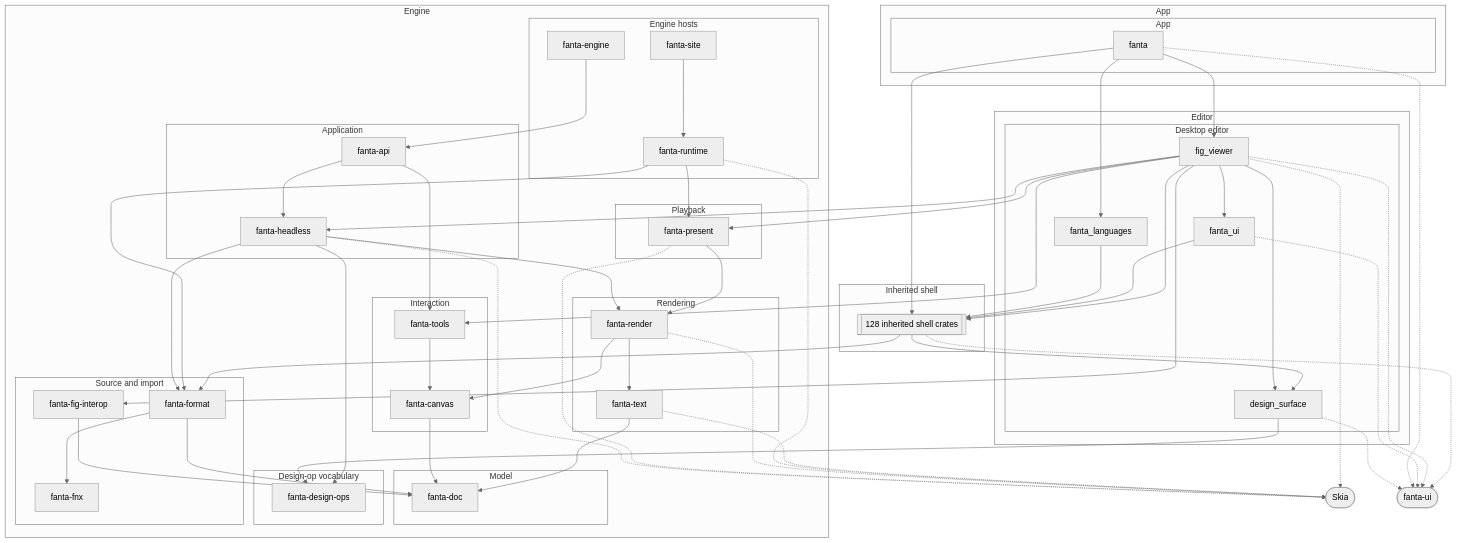
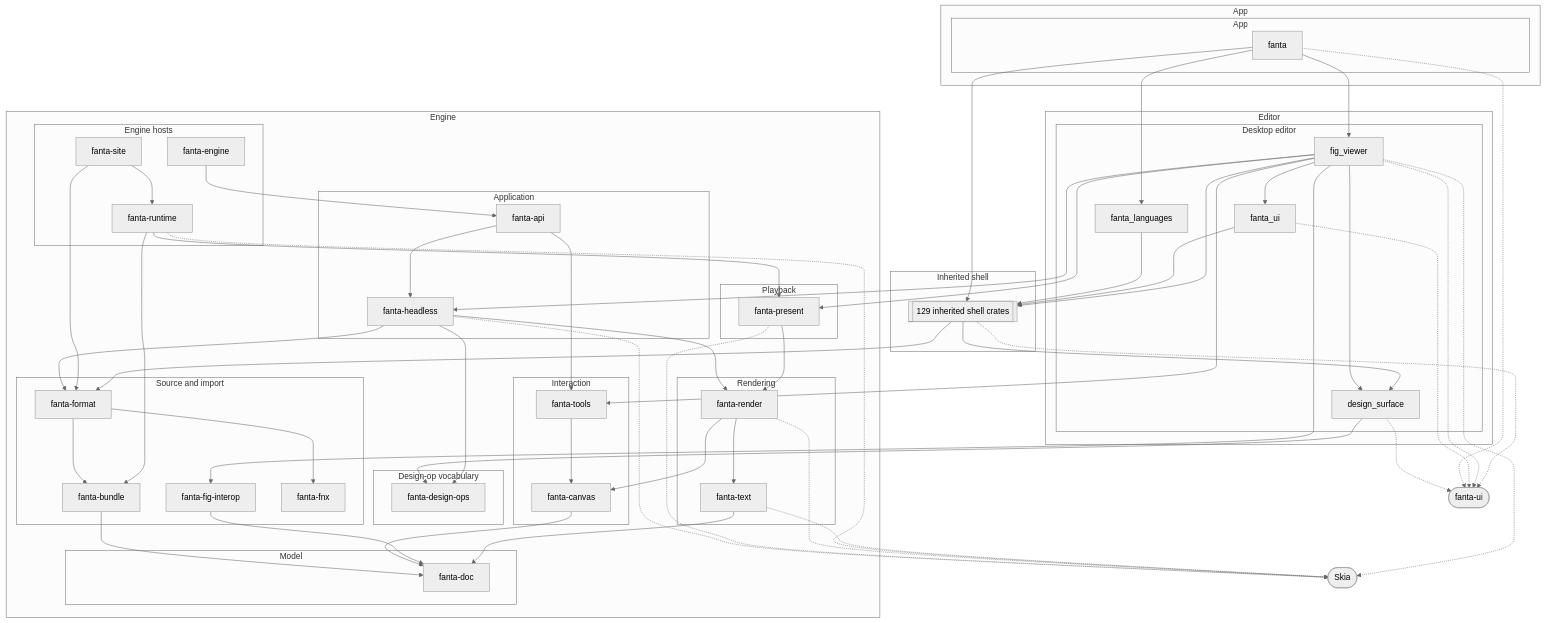
The second of 2 diagrams in docs/architecture/crate-map.md (jeanc18rlos/fanta-edit), drawn with Mermaid (neutral theme) before and after one commit. The commit also changed other lines of this file and 4 other files, not shown here.

First line of the commit message:
Place fanta-bundle in the layer map

```diff
--- a/docs/architecture/crate-map.md
+++ b/docs/architecture/crate-map.md
@@ -80,6 +80,7 @@
       crate_fanta_tools["fanta-tools"]
     end
     subgraph layer_persistence["Source and import"]
+      crate_fanta_bundle["fanta-bundle"]
       crate_fanta_fig_interop["fanta-fig-interop"]
       crate_fanta_fnx["fanta-fnx"]
       crate_fanta_format["fanta-format"]
@@ -115,7 +116,7 @@
     end
   end
   subgraph group_shell["Inherited shell"]
-    rest_crates[["128 inherited shell crates"]]
+    rest_crates[["129 inherited shell crates"]]
   end
   external_skia(["Skia"])
   external_fanta_ui(["fanta-ui"])
@@ -124,10 +125,11 @@
   crate_fanta --> crate_fig_viewer
   crate_fanta_api --> crate_fanta_headless
   crate_fanta_api --> crate_fanta_tools
+  crate_fanta_bundle --> crate_fanta_doc
   crate_fanta_canvas --> crate_fanta_doc
   crate_fanta_engine --> crate_fanta_api
   crate_fanta_fig_interop --> crate_fanta_doc
-  crate_fanta_format --> crate_fanta_doc
+  crate_fanta_format --> crate_fanta_bundle
   crate_fanta_format --> crate_fanta_fnx
   crate_fanta_headless --> crate_fanta_design_ops
   crate_fanta_headless --> crate_fanta_format
@@ -135,8 +137,9 @@
   crate_fanta_present --> crate_fanta_render
   crate_fanta_render --> crate_fanta_canvas
   crate_fanta_render --> crate_fanta_text
-  crate_fanta_runtime --> crate_fanta_format
+  crate_fanta_runtime --> crate_fanta_bundle
   crate_fanta_runtime --> crate_fanta_present
+  crate_fanta_site --> crate_fanta_format
   crate_fanta_site --> crate_fanta_runtime
   crate_fanta_text --> crate_fanta_doc
   crate_fanta_tools --> crate_fanta_canvas
```
